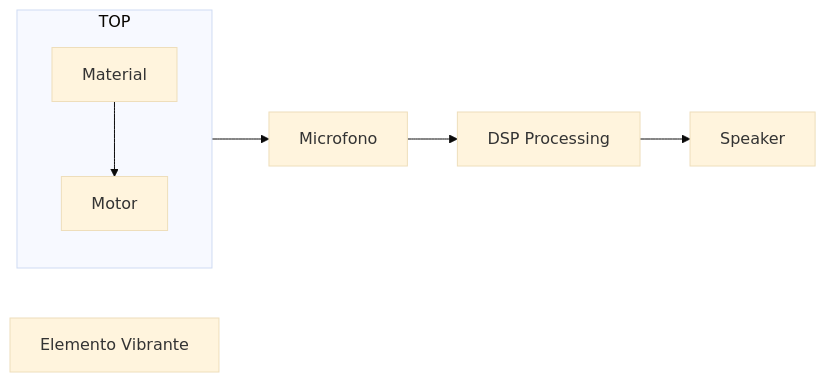
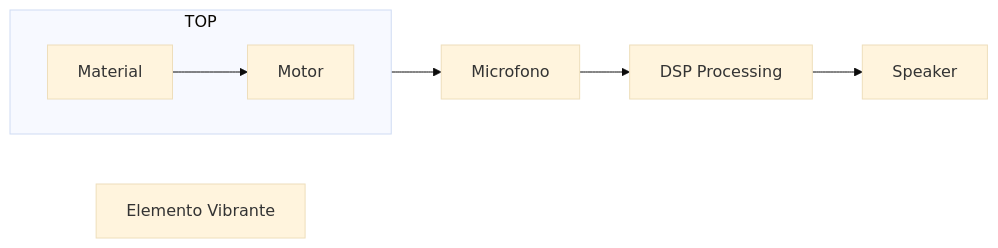
One commit to Hortus-Deliciarum/docz changed the diagram in README.md. Above: the diagram before and after it, drawn with Mermaid (base theme).

Commit message:
update info

````diff
--- a/README.md
+++ b/README.md
@@ -5,13 +5,14 @@
 ```mermaid
 graph LR
     A["Elemento Vibrante"]
     B["Microfono"]
     C["DSP Processing"]
     D["Speaker"]
 
     subgraph TOP
+        direction LR
         Material-->Motor
     end
 
     TOP-->B-->C-->D
 ```
````
